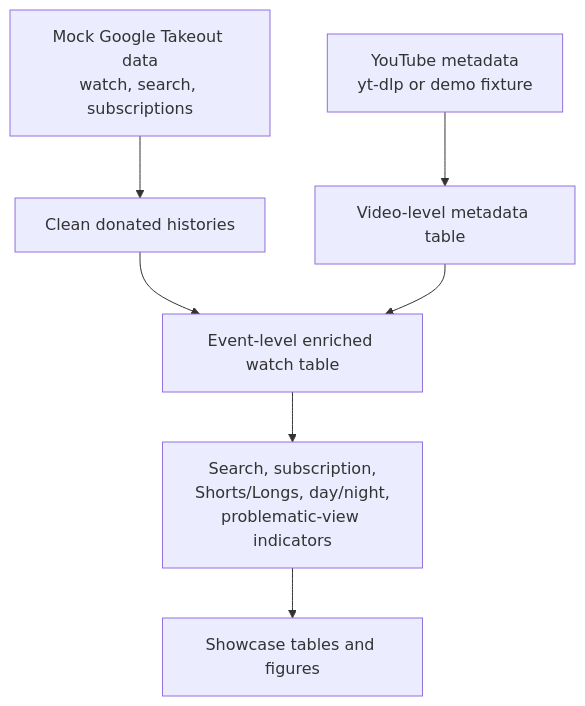
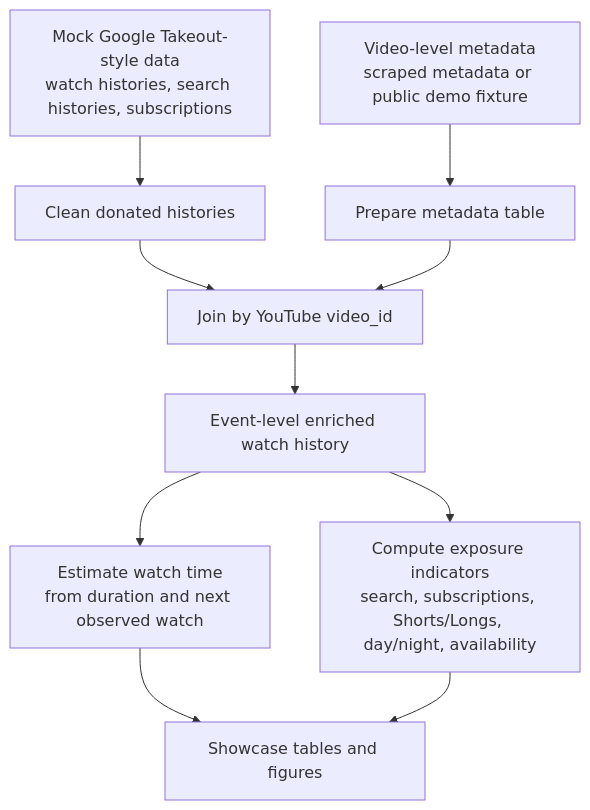
One commit to 2U2N/YouTube-donation-plus-dsa changed the diagram in index.qmd. Above: the diagram before and after it, drawn with Mermaid. The commit also changed other lines of this file and 19 other files, not shown here.

````diff
--- a/index.qmd
+++ b/index.qmd
@@ -22,9 +72,12 @@
 ```{mermaid}
 flowchart TD
-  A["Mock Google Takeout data<br/>watch, search, subscriptions"] --> B["Clean donated histories"]
-  C["YouTube metadata<br/>yt-dlp or demo fixture"] --> D["Video-level metadata table"]
-  B --> E["Event-level enriched watch table"]
+  A["Mock Google Takeout-style data<br/>watch histories, search histories, subscriptions"] --> B["Clean donated histories"]
+  C["Video-level metadata<br/>scraped metadata or public demo fixture"] --> D["Prepare metadata table"]
+  B --> E["Join by YouTube video_id"]
   D --> E
-  E --> F["Search, subscription,<br/>Shorts/Longs, day/night,<br/>problematic-view indicators"]
-  F --> G["Showcase tables and figures"]
+  E --> F["Event-level enriched watch history"]
+  F --> G["Estimate watch time<br/>from duration and next observed watch"]
+  F --> H["Compute exposure indicators<br/>search, subscriptions, Shorts/Longs, day/night, availability"]
+  G --> I["Showcase tables and figures"]
+  H --> I
 ```
````
